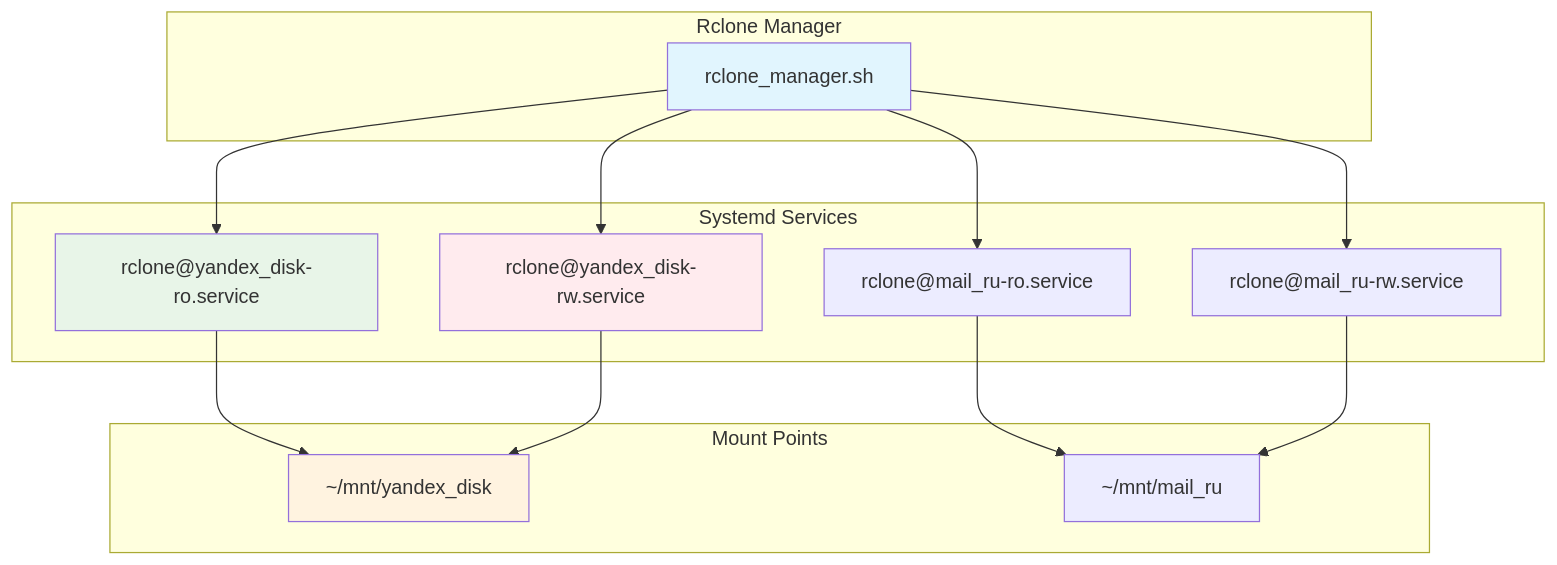
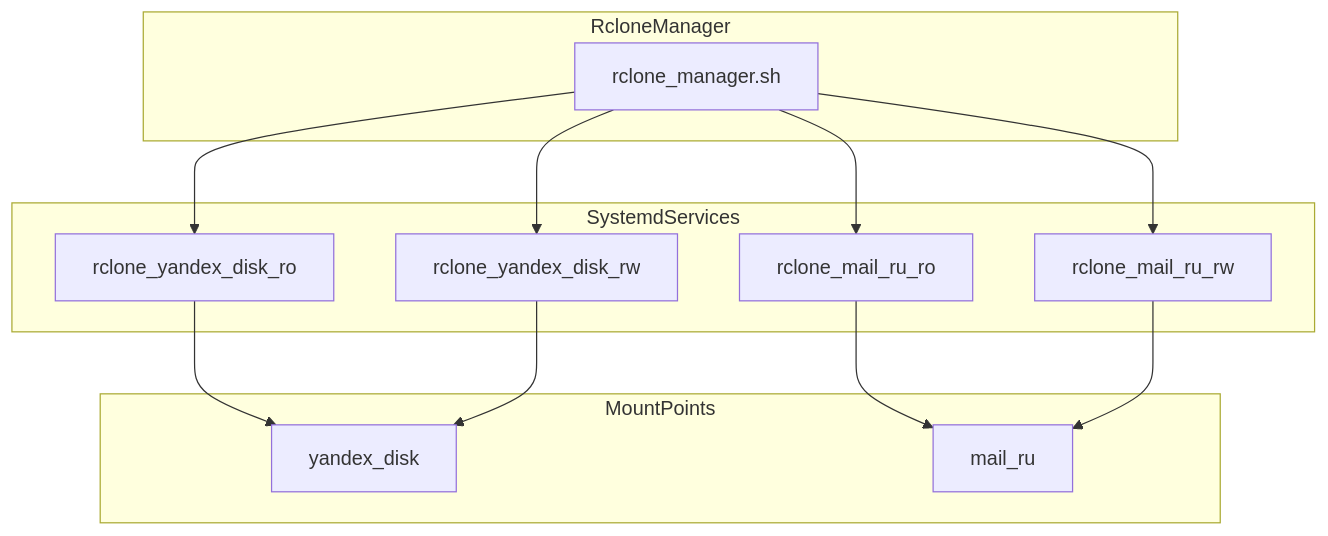
Before and after one commit to medphisiker/rclone-manager: the fourth of 9 diagrams in docs/Диаграммы.md, drawn with Mermaid. The commit also changed other lines of this file, not shown here.

First line of the commit message:
docs: добавить диаграммы для Rclone Manager

````diff
--- a/docs/Диаграммы.md
+++ b/docs/Диаграммы.md
@@ -58,33 +54,28 @@
 ```mermaid
 graph TB
-    subgraph "Rclone Manager"
+    subgraph RcloneManager
         A[rclone_manager.sh]
     end
     
-    subgraph "Systemd Services"
-        B["rclone@yandex_disk-ro.service"]
-        C["rclone@yandex_disk-rw.service"]
-        D["rclone@mail_ru-ro.service"]
-        E["rclone@mail_ru-rw.service"]
+    subgraph SystemdServices
+        B[rclone_yandex_disk_ro]
+        C[rclone_yandex_disk_rw]
+        D[rclone_mail_ru_ro]
+        E[rclone_mail_ru_rw]
     end
     
-    subgraph "Mount Points"
-        F["~/mnt/yandex_disk"]
-        G["~/mnt/mail_ru"]
+    subgraph MountPoints
+        F[yandex_disk]
+        G[mail_ru]
     end
     
     A --> B
     A --> C
     A --> D
     A --> E
     
     B --> F
     C --> F
     D --> G
     E --> G
-    
-    style A fill:#e1f5fe
-    style B fill:#e8f5e8
-    style C fill:#ffebee
-    style F fill:#fff3e0
 ```
````
